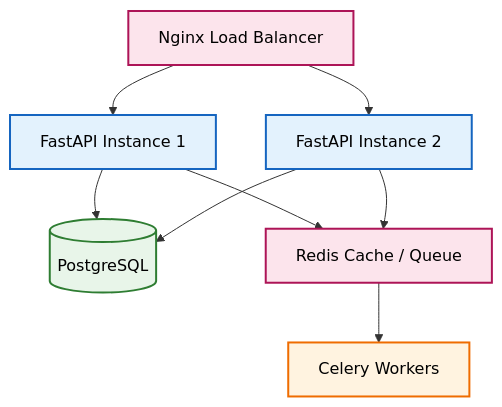
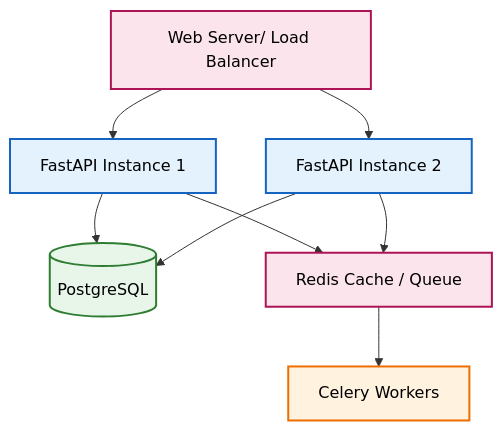
Before and after one commit to asimhussain0010/BookVoice: the diagram in README.md, drawn with Mermaid.

Commit message:
updated setup instructions

````diff
--- a/README.md
+++ b/README.md
@@ -61,21 +61,21 @@
 ```mermaid
 %%{init: {"themeVariables": {"primaryTextColor": "#000000"}}}%%
 flowchart TB
     classDef api fill:#e3f2fd,stroke:#1565c0,stroke-width:2px,color:#000000
     classDef infra fill:#fce4ec,stroke:#ad1457,stroke-width:2px,color:#000000
     classDef db fill:#e8f5e9,stroke:#2e7d32,stroke-width:2px,color:#000000
     classDef worker fill:#fff3e0,stroke:#ef6c00,stroke-width:2px,color:#000000
 
-    LB[Nginx Load Balancer]:::infra
+    LB[Web Server/ Load Balancer]:::infra
 
     LB --> API1[FastAPI Instance 1]:::api
     LB --> API2[FastAPI Instance 2]:::api
 
     API1 --> DB[(PostgreSQL)]:::db
     API2 --> DB
 
     API1 --> REDIS[Redis Cache / Queue]:::infra
     API2 --> REDIS
 
     REDIS --> CELERY[Celery Workers]:::worker
 ```
````
